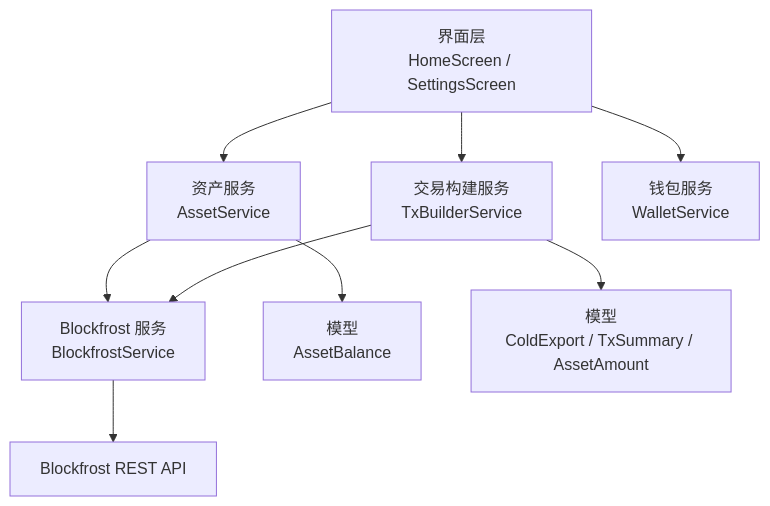
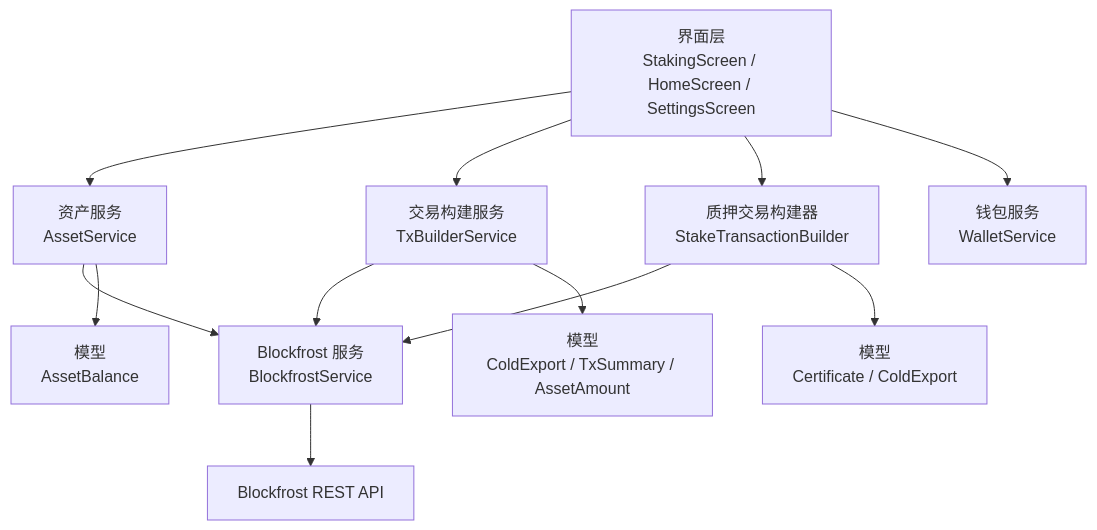
Before and after one commit to EqualToEthan/stasis: the first of 6 diagrams in .qoder/repowiki/zh/content/核心服务/区块链交互服务.md, drawn with Mermaid. The commit also changed other lines of this file and 60 other files, not shown here.

````diff
--- a/.qoder/repowiki/zh/content/核心服务/区块链交互服务.md
+++ b/.qoder/repowiki/zh/content/核心服务/区块链交互服务.md
@@ -43,11 +58,14 @@
 ```mermaid
 graph TB
-UI["界面层<br/>HomeScreen / SettingsScreen"] --> AS["资产服务<br/>AssetService"]
+UI["界面层<br/>StakingScreen / HomeScreen / SettingsScreen"] --> AS["资产服务<br/>AssetService"]
 UI --> TS["交易构建服务<br/>TxBuilderService"]
+UI --> STB["质押交易构建器<br/>StakeTransactionBuilder"]
 AS --> BS["Blockfrost 服务<br/>BlockfrostService"]
 TS --> BS
+STB --> BS
 BS --> BF["Blockfrost REST API"]
 UI --> WS["钱包服务<br/>WalletService"]
 AS --> M1["模型<br/>AssetBalance"]
 TS --> M2["模型<br/>ColdExport / TxSummary / AssetAmount"]
+STB --> M3["模型<br/>Certificate / ColdExport"]
 ```
````
